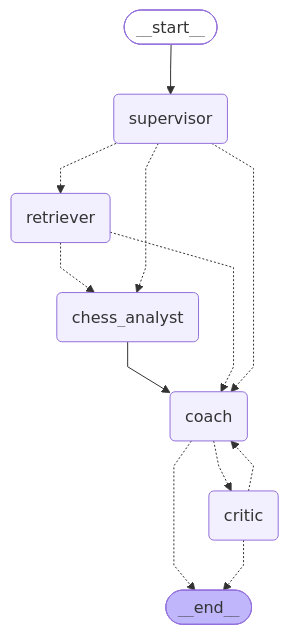
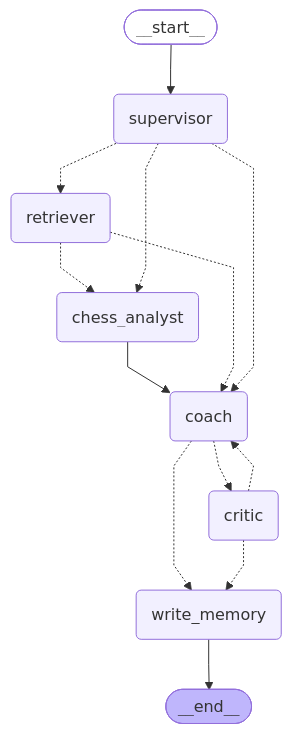
One commit to rakeshnetdev/grandmate-v2 changed the diagram in docs/diagrams/multi_agent_graph.mermaid. Above: the diagram before and after it, drawn with Mermaid. The commit also changed 21 other files, not shown here.

```diff
--- a/docs/diagrams/multi_agent_graph.mermaid
+++ b/docs/diagrams/multi_agent_graph.mermaid
@@ -1,27 +1,29 @@
 ---
 config:
   flowchart:
     curve: linear
 ---
 graph TD;
 	__start__([<p>__start__</p>]):::first
 	supervisor(supervisor)
 	retriever(retriever)
 	chess_analyst(chess_analyst)
 	coach(coach)
 	critic(critic)
+	write_memory(write_memory)
 	__end__([<p>__end__</p>]):::last
 	__start__ --> supervisor;
 	chess_analyst --> coach;
-	coach -.-> __end__;
 	coach -.-> critic;
-	critic -.-> __end__;
+	coach -.-> write_memory;
 	critic -.-> coach;
+	critic -.-> write_memory;
 	retriever -.-> chess_analyst;
 	retriever -.-> coach;
 	supervisor -.-> chess_analyst;
 	supervisor -.-> coach;
 	supervisor -.-> retriever;
+	write_memory --> __end__;
 	classDef default fill:#f2f0ff,line-height:1.2
 	classDef first fill-opacity:0
 	classDef last fill:#bfb6fc
```
